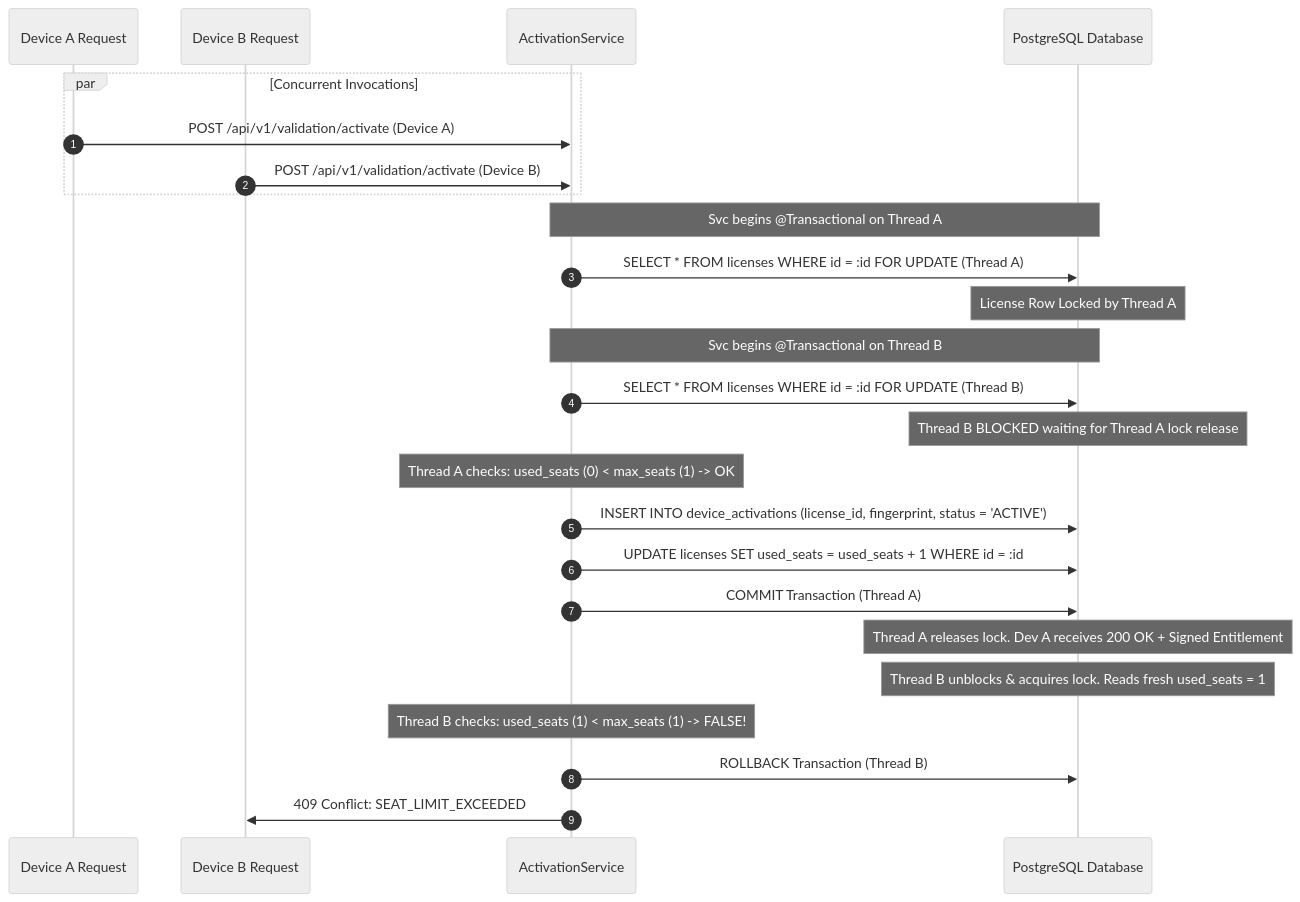
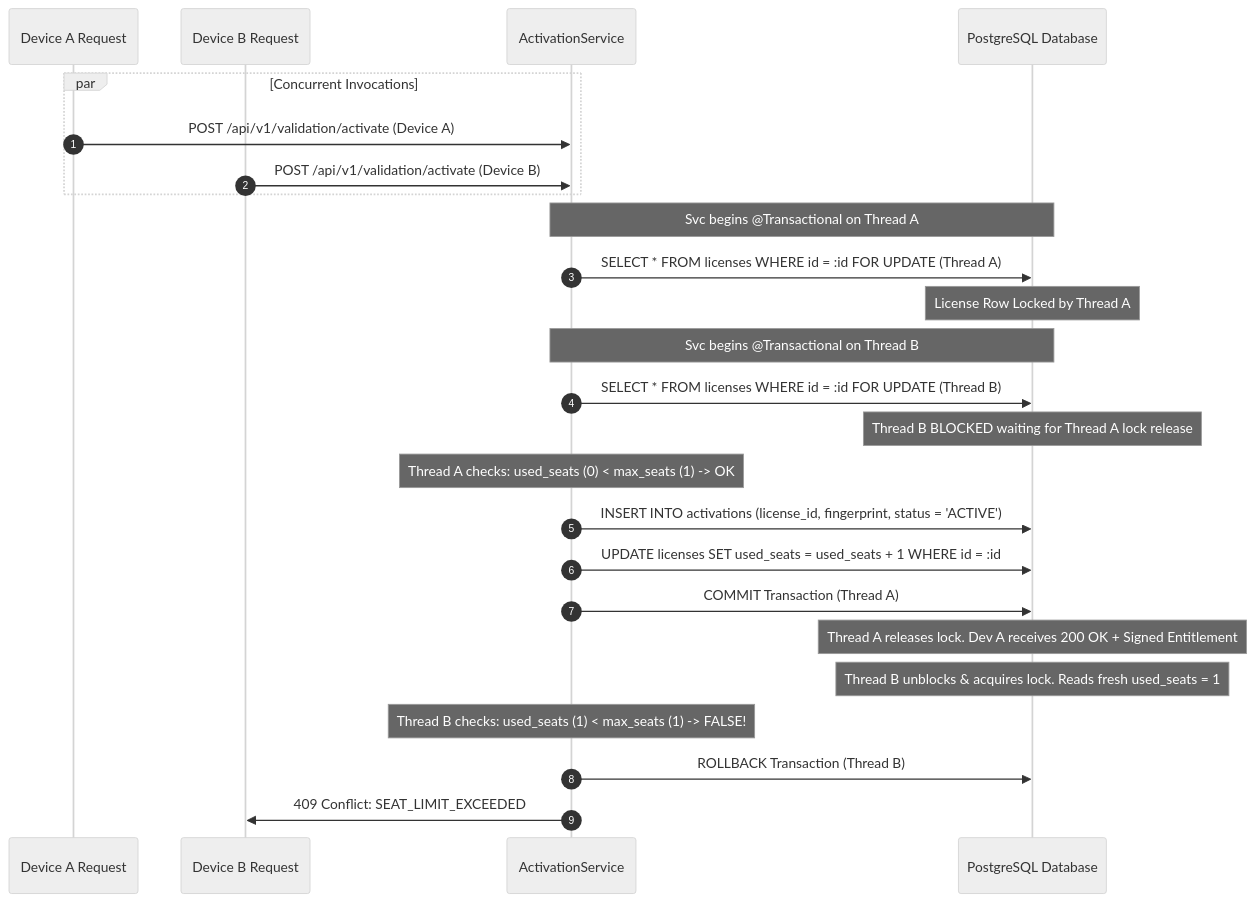
Before and after one commit to AayushSrivastava15/Rightfull: the diagram in docs/architecture/transaction-strategy.md, drawn with Mermaid (neutral theme). The commit also changed 211 other files, not shown here.

````diff
--- a/docs/architecture/transaction-strategy.md
+++ b/docs/architecture/transaction-strategy.md
@@ -56,32 +56,32 @@
 ```mermaid
 sequenceDiagram
     autonumber
     participant DevA as Device A Request
     participant DevB as Device B Request
     participant Svc as ActivationService
     participant DB as PostgreSQL Database
 
     par Concurrent Invocations
         DevA->>Svc: POST /api/v1/validation/activate (Device A)
         DevB->>Svc: POST /api/v1/validation/activate (Device B)
     end
     
     Note over Svc,DB: Svc begins @Transactional on Thread A
     Svc->>DB: SELECT * FROM licenses WHERE id = :id FOR UPDATE (Thread A)
     Note over DB: License Row Locked by Thread A
     
     Note over Svc,DB: Svc begins @Transactional on Thread B
     Svc->>DB: SELECT * FROM licenses WHERE id = :id FOR UPDATE (Thread B)
     Note over DB: Thread B BLOCKED waiting for Thread A lock release
     
     Note over Svc: Thread A checks: used_seats (0) < max_seats (1) -> OK
-    Svc->>DB: INSERT INTO device_activations (license_id, fingerprint, status = 'ACTIVE')
+    Svc->>DB: INSERT INTO activations (license_id, fingerprint, status = 'ACTIVE')
     Svc->>DB: UPDATE licenses SET used_seats = used_seats + 1 WHERE id = :id
     Svc->>DB: COMMIT Transaction (Thread A)
     Note over DB: Thread A releases lock. Dev A receives 200 OK + Signed Entitlement
     
     Note over DB: Thread B unblocks & acquires lock. Reads fresh used_seats = 1
     Note over Svc: Thread B checks: used_seats (1) < max_seats (1) -> FALSE!
     Svc->>DB: ROLLBACK Transaction (Thread B)
     Svc->>DevB: 409 Conflict: SEAT_LIMIT_EXCEEDED
 ```
````
